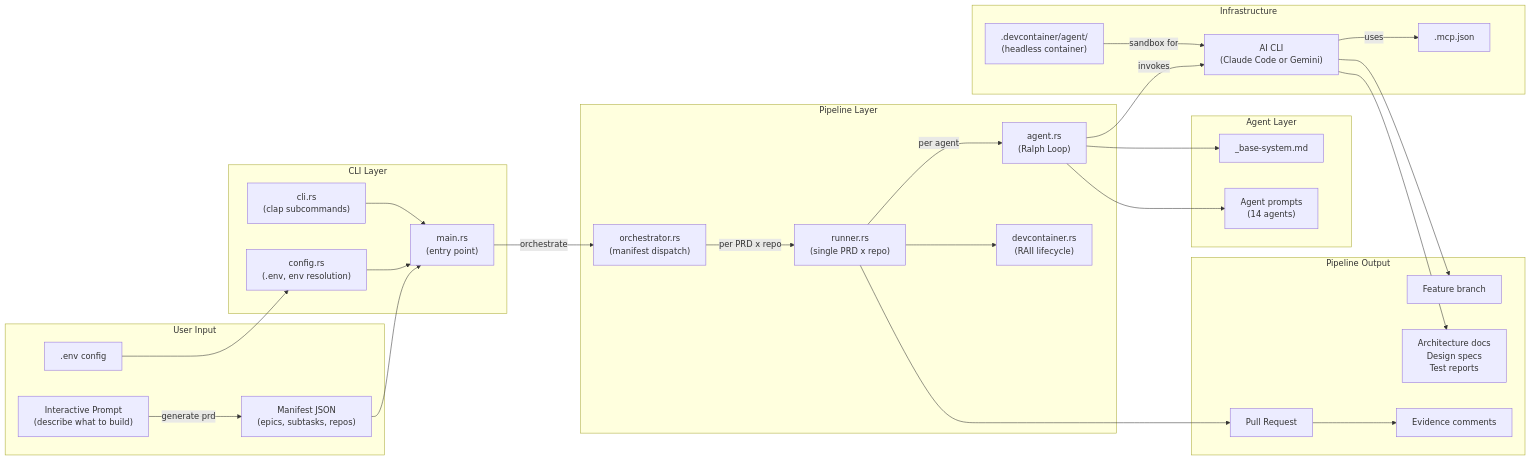
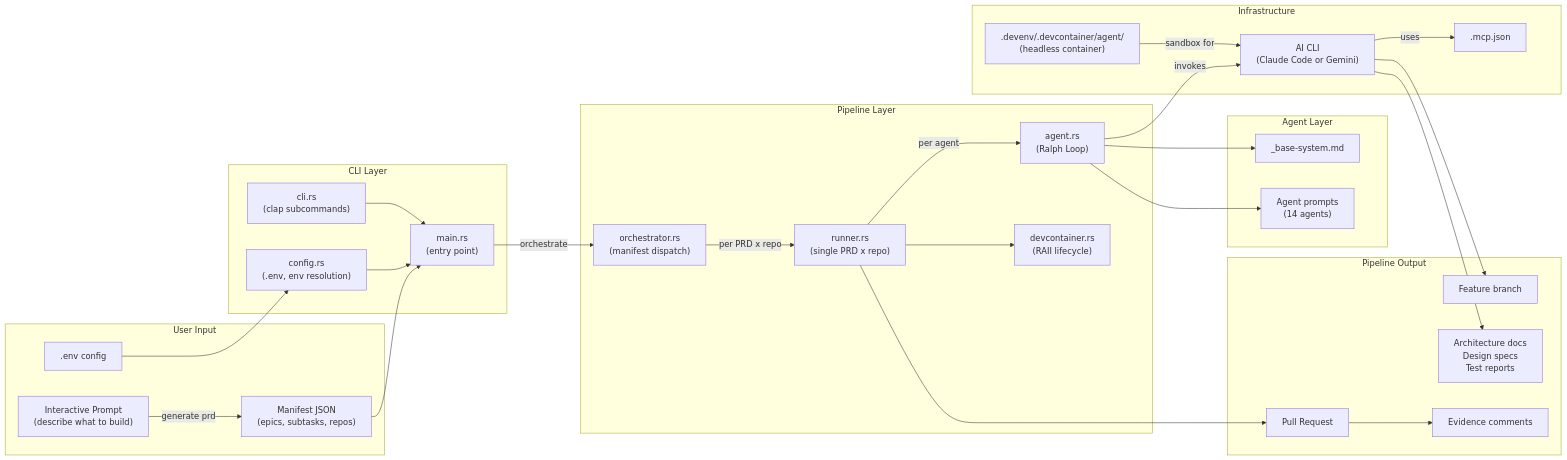
The second of 2 diagrams in docs/project-structure.md (delehner/wisp), drawn with Mermaid before and after one commit. The commit also changed other lines of this file and 38 other files, not shown here.

````diff
--- a/docs/project-structure.md
+++ b/docs/project-structure.md
@@ -71,58 +71,58 @@
 ```mermaid
 flowchart LR
     subgraph UserInput["User Input"]
         Desc["Interactive Prompt\n(describe what to build)"]
         ManifestFile["Manifest JSON\n(epics, subtasks, repos)"]
         EnvFile[".env config"]
     end
 
     subgraph CLILayer["CLI Layer"]
         MainRs["main.rs\n(entry point)"]
         CliRs["cli.rs\n(clap subcommands)"]
         ConfigRs["config.rs\n(.env, env resolution)"]
     end
 
     subgraph PipelineLayer["Pipeline Layer"]
         OrchestratorRs["orchestrator.rs\n(manifest dispatch)"]
         RunnerRs["runner.rs\n(single PRD x repo)"]
         AgentRs["agent.rs\n(Ralph Loop)"]
         DevcontainerRs["devcontainer.rs\n(RAII lifecycle)"]
     end
 
     subgraph AgentLayer["Agent Layer"]
         BaseSystem["_base-system.md"]
         Prompts["Agent prompts\n(14 agents)"]
     end
 
     subgraph Infra["Infrastructure"]
-        DC[".devcontainer/agent/\n(headless container)"]
+        DC[".devenv/.devcontainer/agent/\n(headless container)"]
         MCP[".mcp.json"]
         AICLI["AI CLI\n(Claude Code or Gemini)"]
     end
 
     subgraph Output["Pipeline Output"]
         Branch["Feature branch"]
         Artifacts["Architecture docs\nDesign specs\nTest reports"]
         PullReq["Pull Request"]
         Evidence["Evidence comments"]
     end
 
     Desc -->|"generate prd"| ManifestFile
     ManifestFile --> MainRs
     EnvFile --> ConfigRs
     ConfigRs --> MainRs
     CliRs --> MainRs
     MainRs -->|"orchestrate"| OrchestratorRs
     OrchestratorRs -->|"per PRD x repo"| RunnerRs
     RunnerRs --> DevcontainerRs
     RunnerRs -->|"per agent"| AgentRs
     AgentRs --> BaseSystem
     AgentRs --> Prompts
     AgentRs -->|"invokes"| AICLI
     AICLI -->|"uses"| MCP
     DC -->|"sandbox for"| AICLI
     AICLI --> Branch
     AICLI --> Artifacts
     RunnerRs --> PullReq
     PullReq --> Evidence
 ```
````
